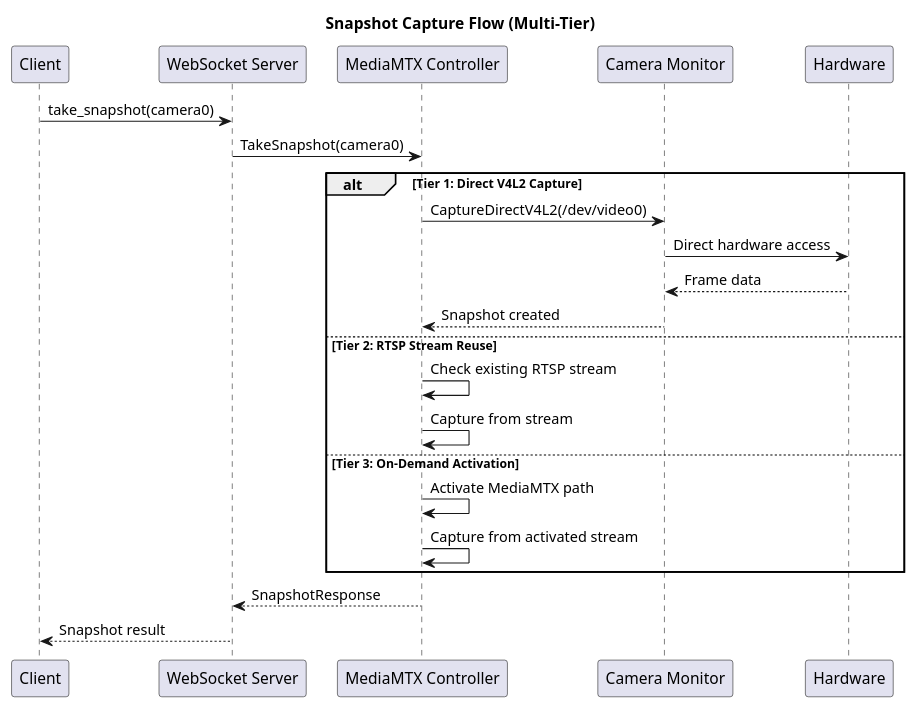
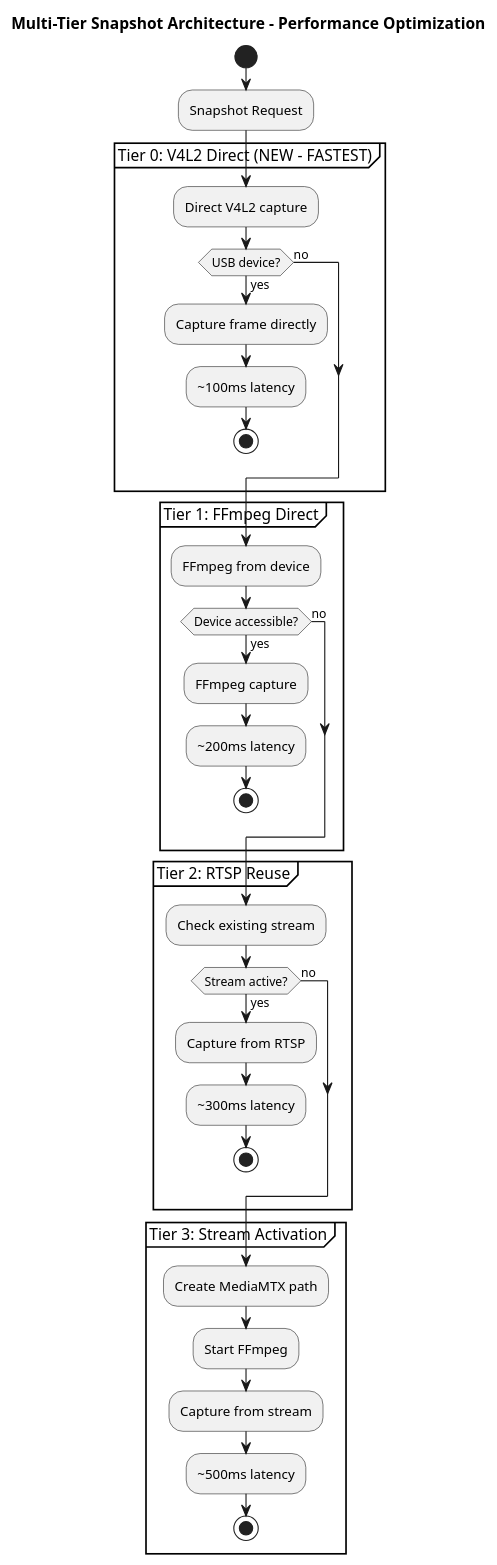
Before and after one commit to CarlosSprekelsen/CameraRecorder: diagram 11 of 24 in mediamtx-camera-service-go/docs/architecture/go-architecture-guide.md, drawn with PlantUML. The commit also changed other lines of this file, not shown here.

````diff
--- a/mediamtx-camera-service-go/docs/architecture/go-architecture-guide.md
+++ b/mediamtx-camera-service-go/docs/architecture/go-architecture-guide.md
@@ -276,31 +471,47 @@
 ```plantuml
-@startuml SnapshotFlow
-title Snapshot Capture Flow (Multi-Tier)
+@startuml SnapshotTiers
+title Multi-Tier Snapshot Architecture - Performance Optimization
 
-participant "Client" as C
-participant "WebSocket Server" as WS
-participant "MediaMTX Controller" as MC
-participant "Camera Monitor" as CM
-participant "Hardware" as H
+start
+:Snapshot Request;
 
-C -> WS : take_snapshot(camera0)
-WS -> MC : TakeSnapshot(camera0)
+partition "Tier 0: V4L2 Direct (NEW - FASTEST)" {
+    :Direct V4L2 capture;
+    if (USB device?) then (yes)
+        :Capture frame directly;
+        :~100ms latency;
+        stop
+    else (no)
+    endif
+}
 
-alt Tier 1: Direct V4L2 Capture
-    MC -> CM : CaptureDirectV4L2(/dev/video0)
-    CM -> H : Direct hardware access
-    H --> CM : Frame data
-    CM --> MC : Snapshot created
-else Tier 2: RTSP Stream Reuse
-    MC -> MC : Check existing RTSP stream
-    MC -> MC : Capture from stream
-else Tier 3: On-Demand Activation
-    MC -> MC : Activate MediaMTX path
-    MC -> MC : Capture from activated stream
-end
+partition "Tier 1: FFmpeg Direct" {
+    :FFmpeg from device;
+    if (Device accessible?) then (yes)
+        :FFmpeg capture;
+        :~200ms latency;
+        stop
+    else (no)
+    endif
+}
 
-MC --> WS : SnapshotResponse
-WS --> C : Snapshot result
+partition "Tier 2: RTSP Reuse" {
+    :Check existing stream;
+    if (Stream active?) then (yes)
+        :Capture from RTSP;
+        :~300ms latency;
+        stop
+    else (no)
+    endif
+}
+
+partition "Tier 3: Stream Activation" {
+    :Create MediaMTX path;
+    :Start FFmpeg;
+    :Capture from stream;
+    :~500ms latency;
+    stop
+}
 
 @enduml
 ```
````
